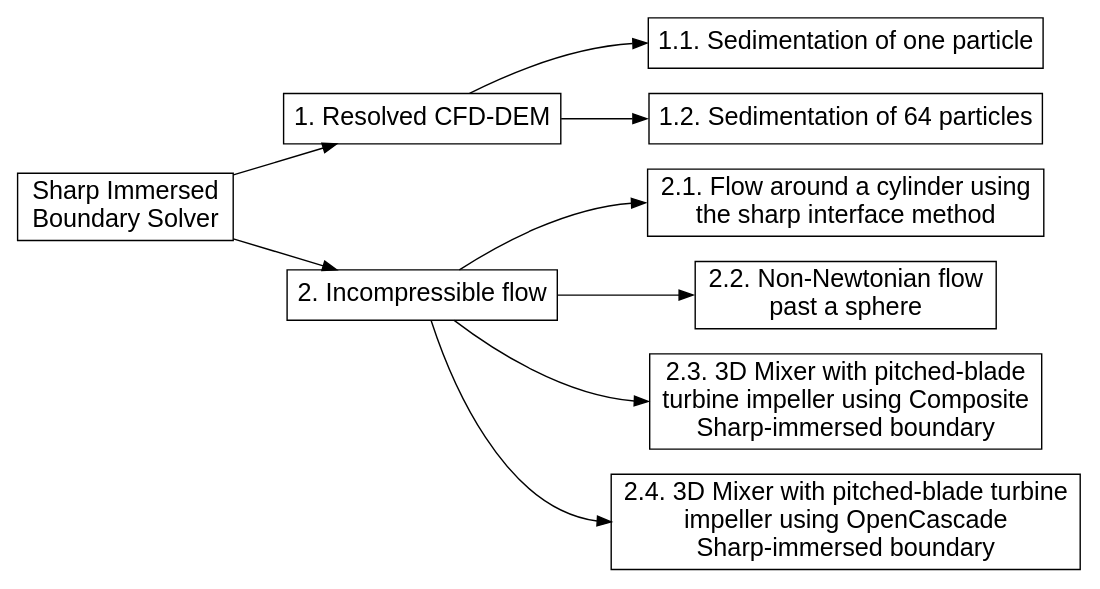
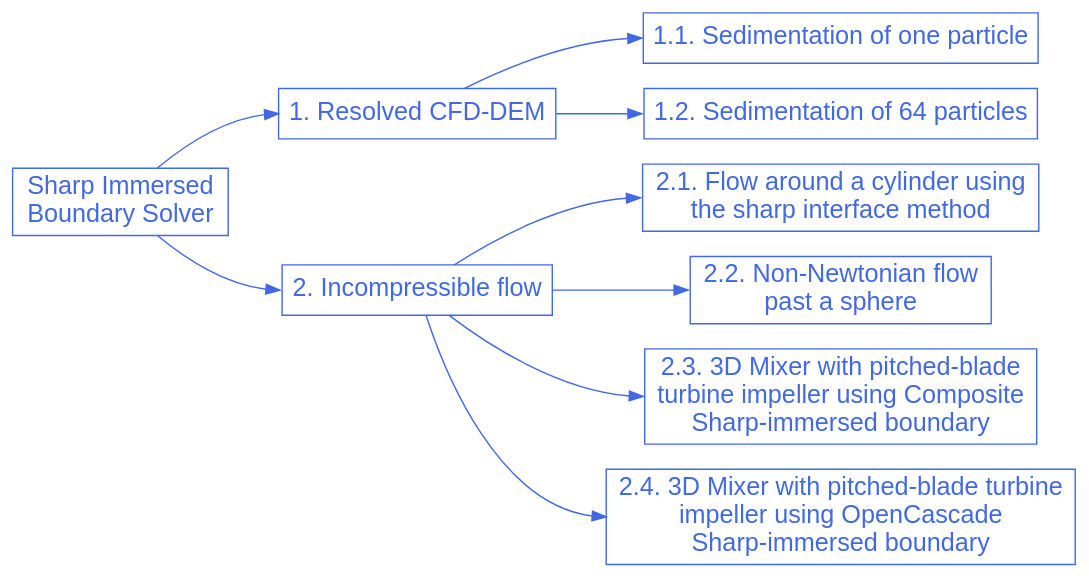
One commit to chaos-polymtl/lethe changed the diagram in doc/source/examples/sharp-immersed-boundary-solver/sharp-immersed-boundary-solver.rst. Above: the diagram before and after it, drawn with Graphviz. The commit also changed 5 other files, not shown here.

```diff
--- a/doc/source/examples/sharp-immersed-boundary-solver/sharp-immersed-boundary-solver.rst
+++ b/doc/source/examples/sharp-immersed-boundary-solver/sharp-immersed-boundary-solver.rst
@@ -14,39 +14,37 @@
 .. graphviz:: 
 
     digraph sharp_diagram {
-      graph [align=true];
-      node [fontname=Arial, fontsize=18, shape=box];
-      center=true;
-      fontname="Comic Sans MS";
-      fontsize = "20";
+      graph [bgcolor="transparent", align=true];
+      node [fontname=Arial, fontsize=18, shape=box, fontcolor=royalblue, color=royalblue];
+      edge [color=royalblue];
       rankdir="LR";
       size = "9,9";
       
       sharp_immersed_boundary_solver [label="Sharp Immersed \nBoundary Solver", href="https://lethe-cfd.github.io/lethe/examples/sharp-immersed-boundary-solver/sharp-immersed-boundary-solver.html"];
 
       sharp_1 [label="1. Resolved CFD-DEM", href="https://lethe-cfd.github.io/lethe/examples/sharp-immersed-boundary-solver/resolved-cfd-dem.html"];   
 
       sharp_1_1 [label="1.1. Sedimentation of one particle", href="https://lethe-cfd.github.io/lethe/examples/sharp-immersed-boundary-solver/sedimentation-1-particle/sedimentation-1-particle.html"]; 
 
       sharp_1_2 [label="1.2. Sedimentation of 64 particles", href="https://lethe-cfd.github.io/lethe/examples/sharp-immersed-boundary-solver/sedimentation-64-particles/sedimentation-64-particles.html"]; 
 
       sharp_2 [label="2. Incompressible flow", href="https://lethe-cfd.github.io/lethe/examples/sharp-immersed-boundary-solver/incompressible-flow.html"];  
 
       sharp_2_1 [label="2.1. Flow around a cylinder using \nthe sharp interface method", href="https://lethe-cfd.github.io/lethe/examples/sharp-immersed-boundary-solver/cylinder-with-sharp-interface/cylinder-with-sharp-interface.html"]; 
 
       sharp_2_2 [label="2.2. Non-Newtonian flow \npast a sphere", href="https://lethe-cfd.github.io/lethe/examples/sharp-immersed-boundary-solver/sphere-carreau-with-sharp-interface/sphere-carreau-with-sharp-interface.html"]; 
 
       sharp_2_3 [label="2.3. 3D Mixer with pitched-blade \nturbine impeller using Composite \nSharp-immersed boundary", href="https://lethe-cfd.github.io/lethe/examples/sharp-immersed-boundary-solver/3d-composite-mixer-with-pbt-impeller/3d-composite-mixer-with-pbt-impeller.html"]; 
 
       sharp_2_4 [label="2.4. 3D Mixer with pitched-blade turbine \nimpeller using OpenCascade \nSharp-immersed boundary", href="https://lethe-cfd.github.io/lethe/examples/sharp-immersed-boundary-solver/3d-opencascade-mixer-with-pbt-impeller/3d-opencascade-mixer-with-pbt-impeller.html"]; 
 
-      sharp_immersed_boundary_solver -> sharp_1
-      sharp_immersed_boundary_solver -> sharp_2
+      sharp_immersed_boundary_solver -> sharp_1:w;
+      sharp_immersed_boundary_solver -> sharp_2:w;
 
       sharp_1 -> sharp_1_1:w;
       sharp_1 -> sharp_1_2:w;
       sharp_2 -> sharp_2_1:w;
       sharp_2 -> sharp_2_2:w;
       sharp_2 -> sharp_2_3:w;
       sharp_2 -> sharp_2_4:w;
     }
```
